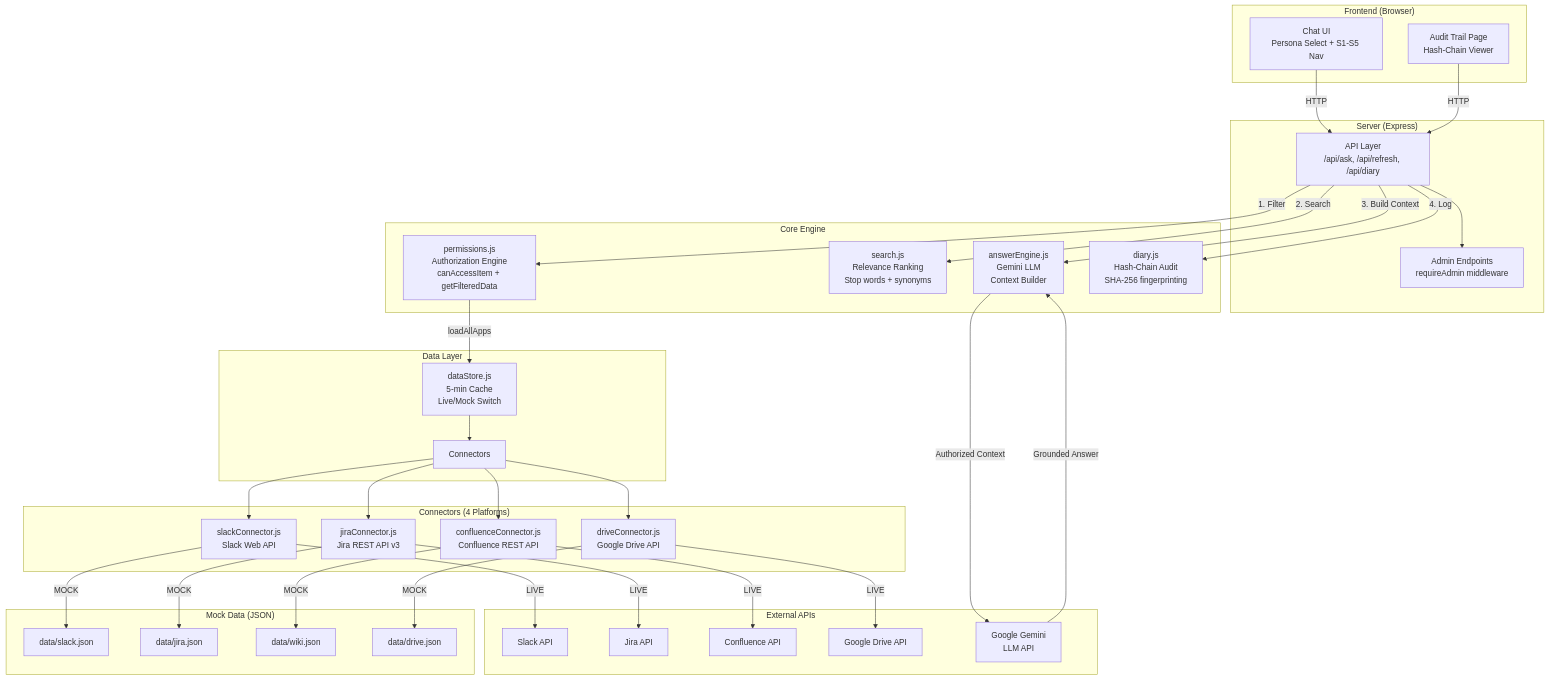
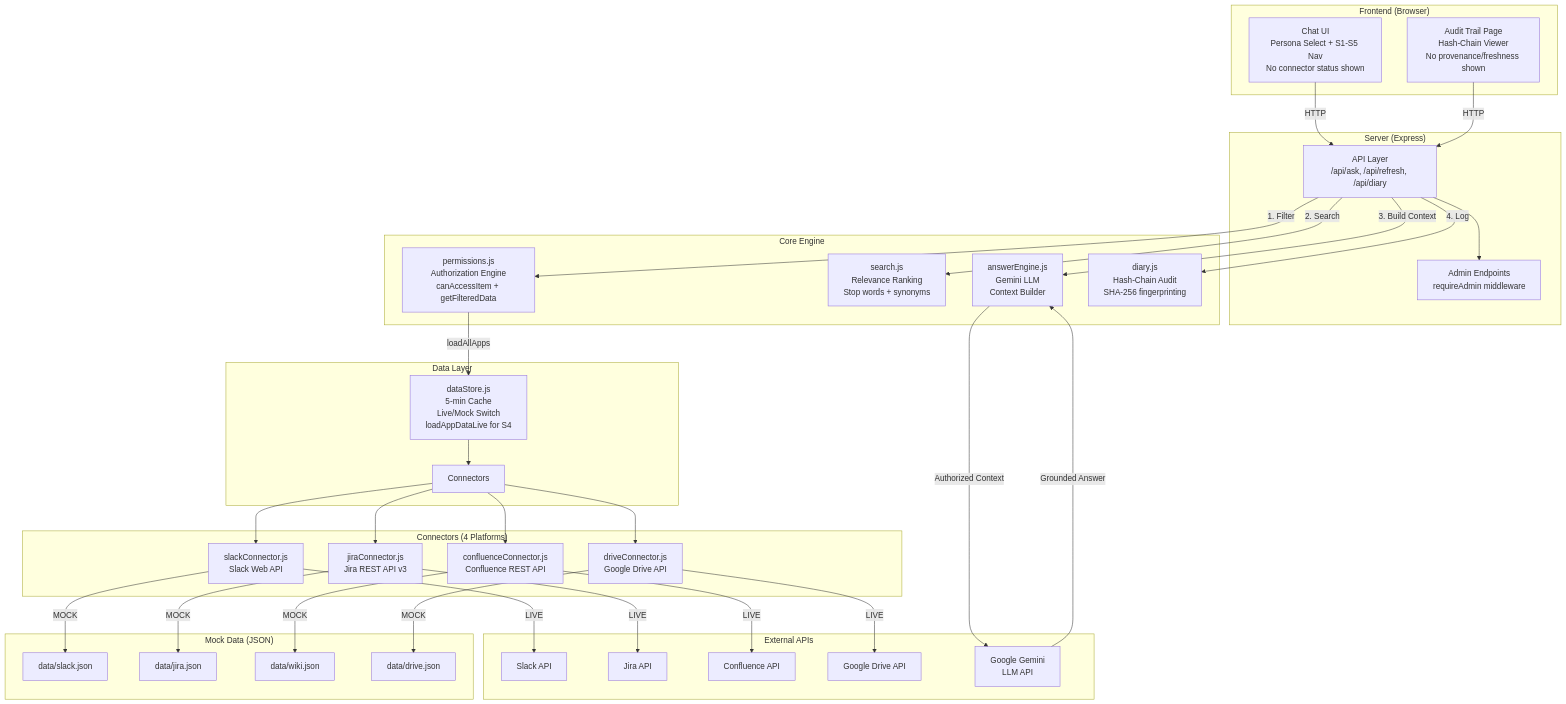
The first of 5 diagrams in ARCHITECTURE.md (carolyns03/smart-assistant), drawn with Mermaid before and after one commit. The commit also changed other lines of this file and 11 other files, not shown here.

First line of the commit message:
Hide connector status/provenance/freshness from UI, S4 live data dropdown, S2 timing fix, doc updates

````diff
--- a/ARCHITECTURE.md
+++ b/ARCHITECTURE.md
@@ -5,75 +5,75 @@
 ```mermaid
 graph TB
     subgraph "Frontend (Browser)"
-        UI[Chat UI<br/>Persona Select + S1-S5 Nav]
-        AUDIT[Audit Trail Page<br/>Hash-Chain Viewer]
+        UI[Chat UI<br/>Persona Select + S1-S5 Nav<br/>No connector status shown]
+        AUDIT[Audit Trail Page<br/>Hash-Chain Viewer<br/>No provenance/freshness shown]
     end
 
     subgraph "Server (Express)"
         API[API Layer<br/>/api/ask, /api/refresh, /api/diary]
         ADMIN[Admin Endpoints<br/>requireAdmin middleware]
     end
 
     subgraph "Core Engine"
         PERMS[permissions.js<br/>Authorization Engine<br/>canAccessItem + getFilteredData]
         SEARCH[search.js<br/>Relevance Ranking<br/>Stop words + synonyms]
         ENGINE[answerEngine.js<br/>Gemini LLM<br/>Context Builder]
         DIARY[diary.js<br/>Hash-Chain Audit<br/>SHA-256 fingerprinting]
     end
 
     subgraph "Data Layer"
-        DS[dataStore.js<br/>5-min Cache<br/>Live/Mock Switch]
+        DS[dataStore.js<br/>5-min Cache<br/>Live/Mock Switch<br/>loadAppDataLive for S4]
         CONN[Connectors]
     end
 
     subgraph "Connectors (4 Platforms)"
         SLACK[slackConnector.js<br/>Slack Web API]
         JIRA[jiraConnector.js<br/>Jira REST API v3]
         CONF[confluenceConnector.js<br/>Confluence REST API]
         DRIVE[driveConnector.js<br/>Google Drive API]
     end
 
     subgraph "External APIs"
         S_API[Slack API]
         J_API[Jira API]
         C_API[Confluence API]
         D_API[Google Drive API]
         GEMINI[Google Gemini<br/>LLM API]
     end
 
     subgraph "Mock Data (JSON)"
         M_SLACK[data/slack.json]
         M_JIRA[data/jira.json]
         M_CONF[data/wiki.json]
         M_DRIVE[data/drive.json]
     end
 
     UI -->|HTTP| API
     AUDIT -->|HTTP| API
     API --> ADMIN
 
     API -->|1. Filter| PERMS
     API -->|2. Search| SEARCH
     API -->|3. Build Context| ENGINE
     API -->|4. Log| DIARY
 
     PERMS -->|loadAllApps| DS
     DS --> CONN
     CONN --> SLACK
     CONN --> JIRA
     CONN --> CONF
     CONN --> DRIVE
 
     SLACK -->|LIVE| S_API
     JIRA -->|LIVE| J_API
     CONF -->|LIVE| C_API
     DRIVE -->|LIVE| D_API
 
     SLACK -->|MOCK| M_SLACK
     JIRA -->|MOCK| M_JIRA
     CONF -->|MOCK| M_CONF
     DRIVE -->|MOCK| M_DRIVE
 
     ENGINE -->|Authorized Context| GEMINI
     GEMINI -->|Grounded Answer| ENGINE
 ```
````
